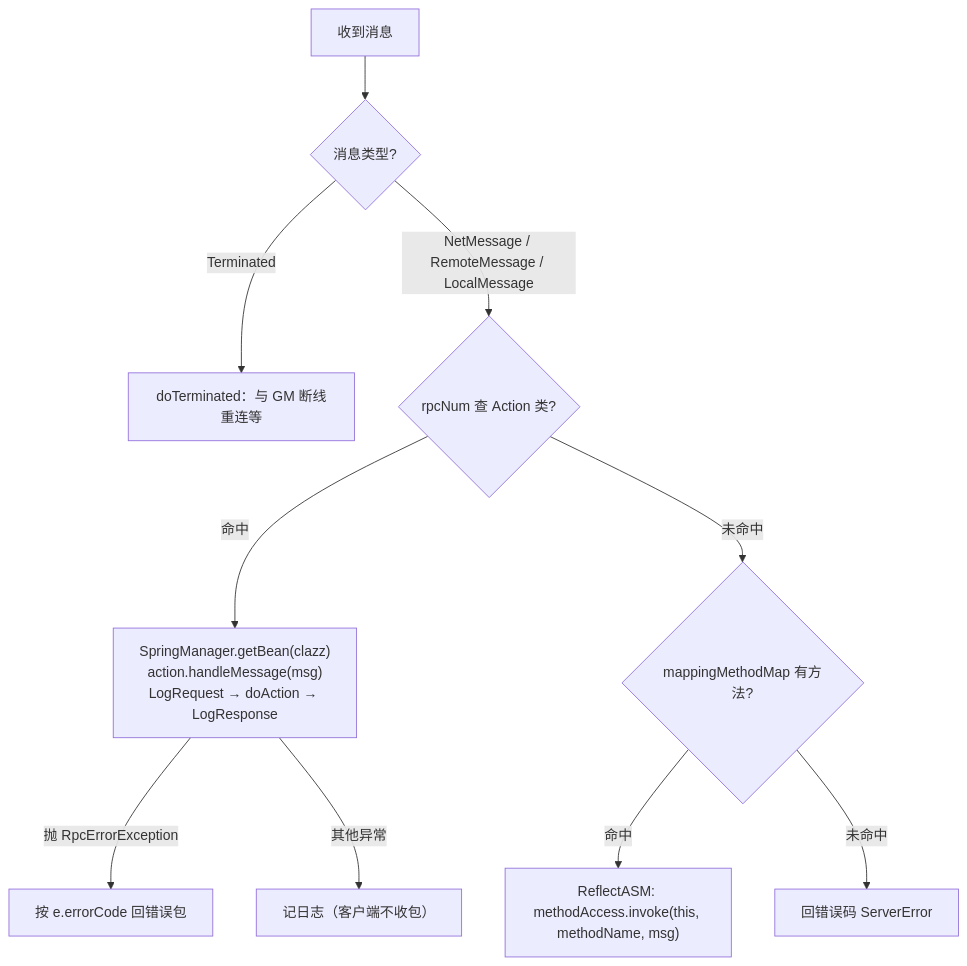
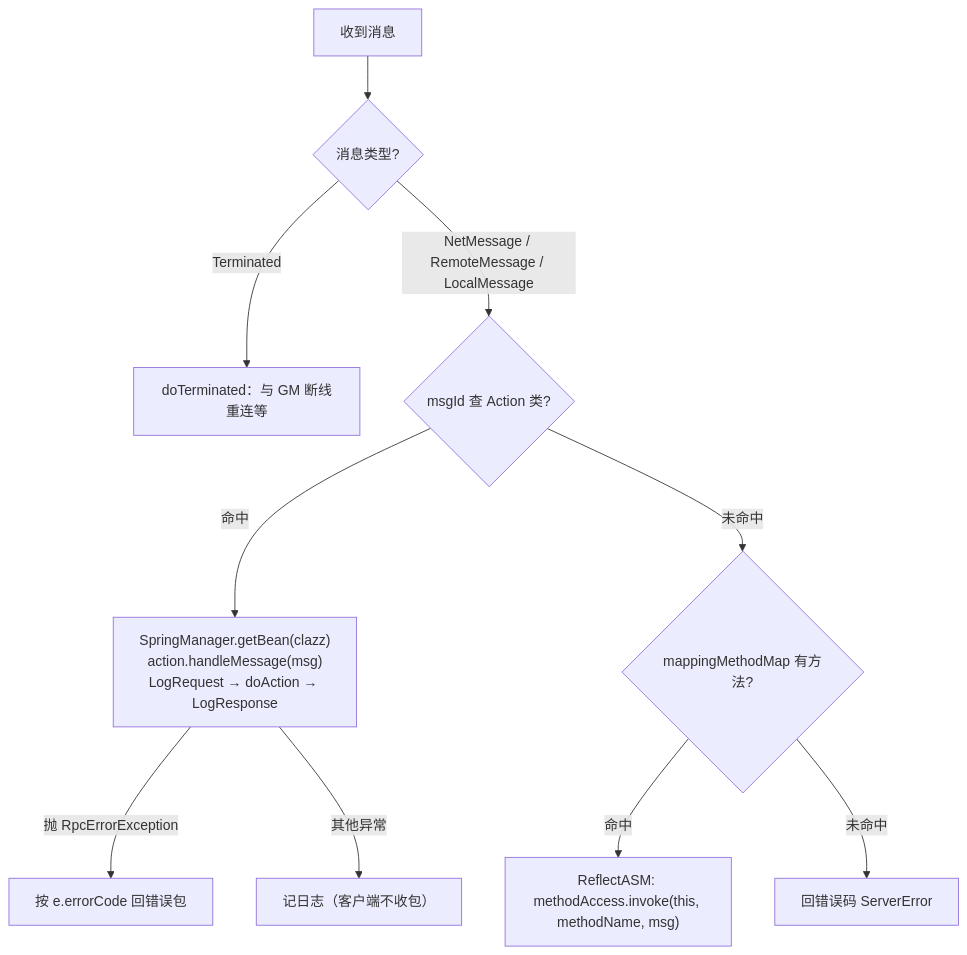
Before and after one commit to 132982jianan/JGameServer: the fourth of 12 diagrams in doc/document/架构设计文档.md, drawn with Mermaid. The commit also changed other lines of this file and 22 other files, not shown here.

````diff
--- a/doc/document/架构设计文档.md
+++ b/doc/document/架构设计文档.md
@@ -244,12 +244,12 @@
 ```mermaid
 flowchart TB
     M["收到消息"] --> T{"消息类型?"}
     T -->|Terminated| X["doTerminated：与 GM 断线重连等"]
-    T -->|NetMessage / RemoteMessage / LocalMessage| R{"rpcNum 查 Action 类?"}
+    T -->|NetMessage / RemoteMessage / LocalMessage| R{"msgId 查 Action 类?"}
     R -->|命中| A["SpringManager.getBean(clazz)<br/>action.handleMessage(msg)<br/>LogRequest → doAction → LogResponse"]
     R -->|未命中| Q{"mappingMethodMap 有方法?"}
     Q -->|命中| B["ReflectASM: methodAccess.invoke(this, methodName, msg)"]
     Q -->|未命中| E["回错误码 ServerError"]
     A -->|抛 RpcErrorException| C["按 e.errorCode 回错误包"]
     A -->|其他异常| D["记日志（客户端不收包）"]
 ```
````
